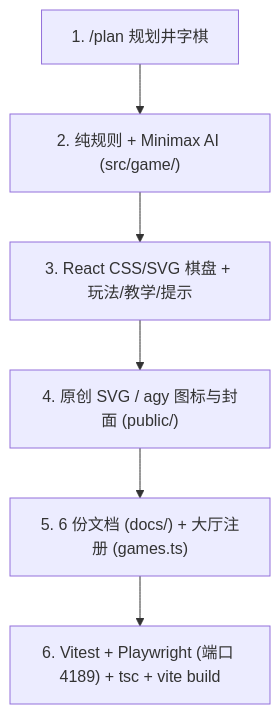
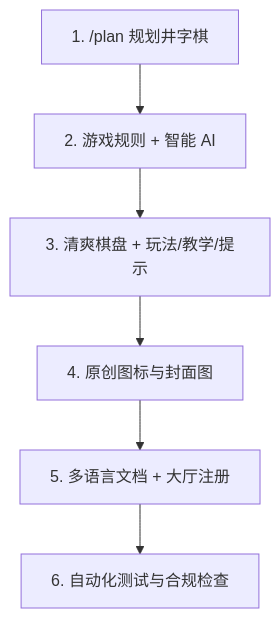
One commit to vuhung16au/gemini-games changed the diagram in courses/day-07-building-a-board-game/README.zh.md. Above: the diagram before and after it, drawn with Mermaid. The commit also changed other lines of this file and 30 other files, not shown here.

````diff
--- a/courses/day-07-building-a-board-game/README.zh.md
+++ b/courses/day-07-building-a-board-game/README.zh.md
@@ -12,8 +12,8 @@
 ```mermaid
 flowchart TD
-  Plan["1. /plan 规划井字棋"] --> Sim["2. 纯规则 + Minimax AI (src/game/)"]
-  Sim --> UI["3. React CSS/SVG 棋盘 + 玩法/教学/提示"]
-  UI --> Art["4. 原创 SVG / agy 图标与封面 (public/)"]
-  Art --> Docs["5. 6 份文档 (docs/) + 大厅注册 (games.ts)"]
-  Docs --> Verify["6. Vitest + Playwright (端口 4189) + tsc + vite build"]
+  Plan["1. /plan 规划井字棋"] --> Sim["2. 游戏规则 + 智能 AI"]
+  Sim --> UI["3. 清爽棋盘 + 玩法/教学/提示"]
+  UI --> Art["4. 原创图标与封面图"]
+  Art --> Docs["5. 多语言文档 + 大厅注册"]
+  Docs --> Verify["6. 自动化测试与合规检查"]
 ```
````
